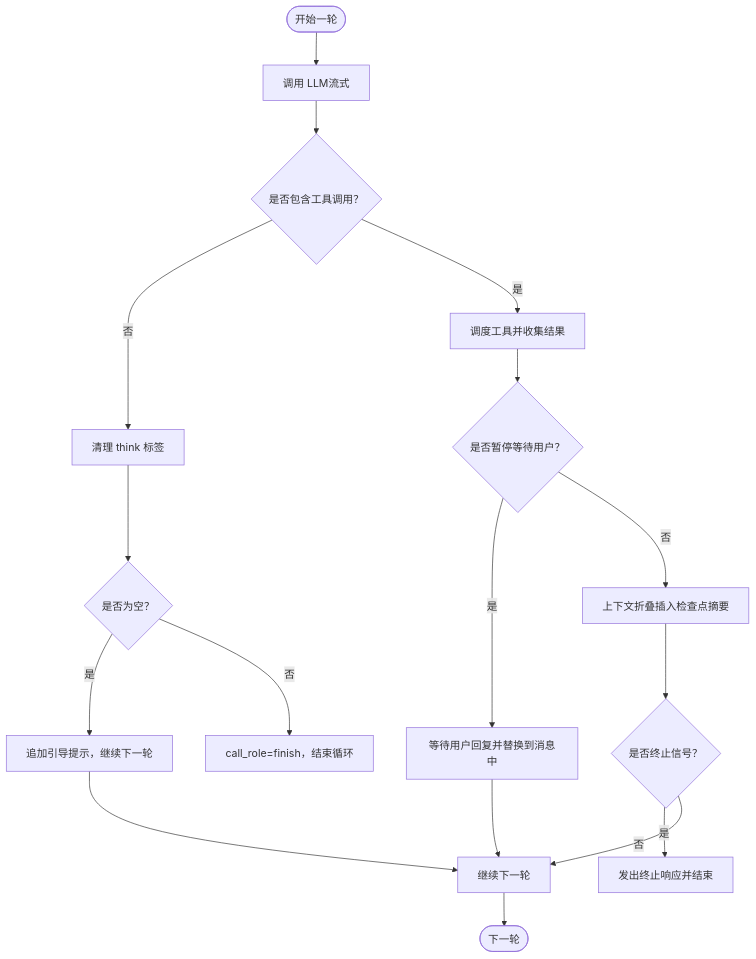
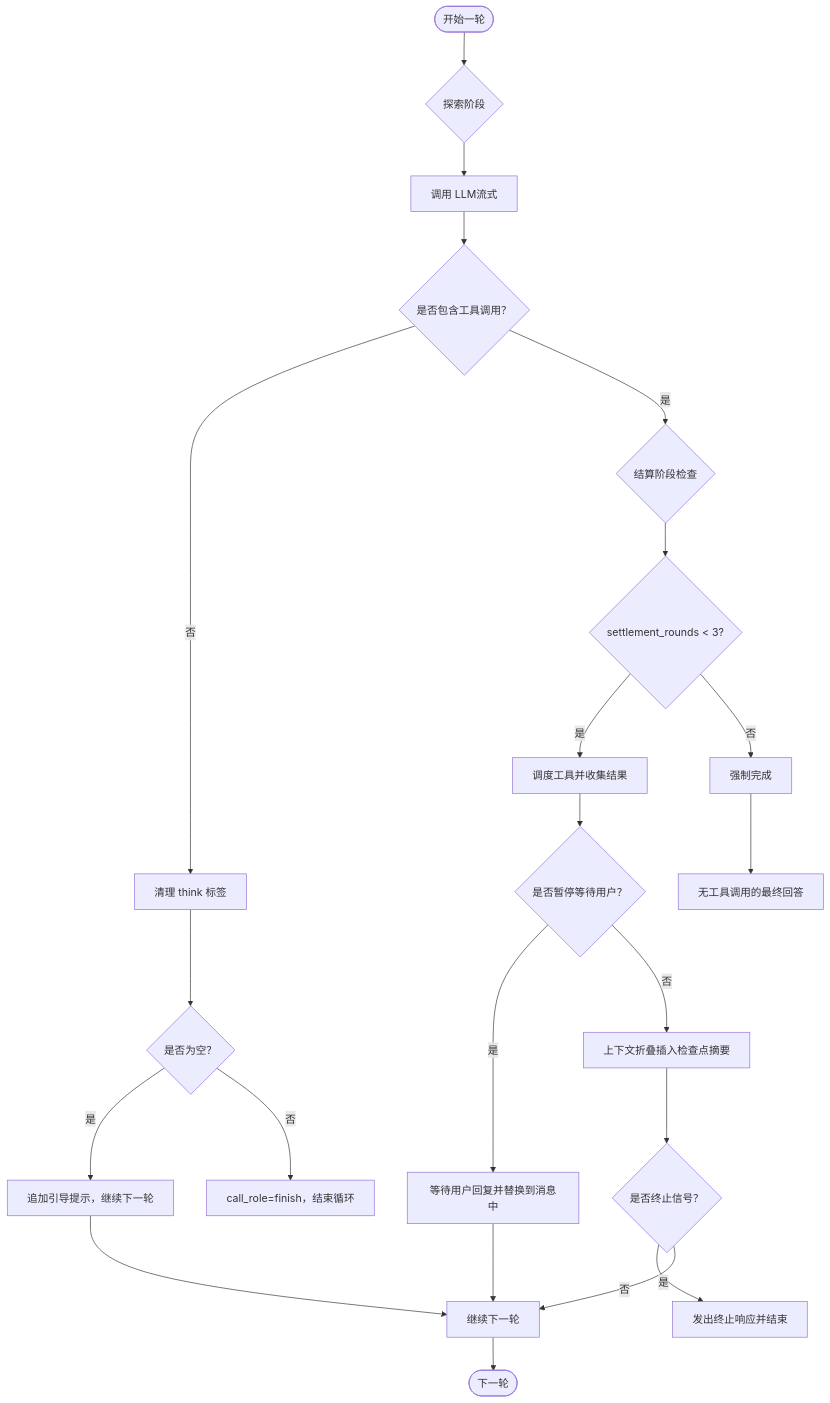
One commit to gongzili456/DeepTutor changed the third of 9 diagrams in .qoder/repowiki/zh/content/智能体系统/聊天智能体.md. Above: the diagram before and after it, drawn with Mermaid. The commit also changed other lines of this file and 821 other files, not shown here.

````diff
--- a/.qoder/repowiki/zh/content/智能体系统/聊天智能体.md
+++ b/.qoder/repowiki/zh/content/智能体系统/聊天智能体.md
@@ -142,19 +156,24 @@
 ```mermaid
 flowchart TD
-Start(["开始一轮"]) --> CallLLM["调用 LLM流式"]
+Start(["开始一轮"]) --> Explore{"探索阶段"}
+Explore --> CallLLM["调用 LLM流式"]
 CallLLM --> HasTools{"是否包含工具调用？"}
 HasTools -- 否 --> CleanText["清理 think 标签"]
 CleanText --> EmptyCheck{"是否为空？"}
 EmptyCheck -- 是 --> Nudge["追加引导提示，继续下一轮"]
 EmptyCheck -- 否 --> Finish["call_role=finish，结束循环"]
-HasTools -- 是 --> Dispatch["调度工具并收集结果"]
+HasTools -- 是 --> Settlement{"结算阶段检查"}
+Settlement --> SettlementRound{"settlement_rounds < 3?"}
+SettlementRound -- 是 --> Dispatch["调度工具并收集结果"]
+SettlementRound -- 否 --> ForcedFinish["强制完成"]
 Dispatch --> PauseCheck{"是否暂停等待用户？"}
 PauseCheck -- 是 --> AwaitUser["等待用户回复并替换到消息中"]
 AwaitUser --> NextRound["继续下一轮"]
 PauseCheck -- 否 --> FoldCtx["上下文折叠插入检查点摘要"]
 FoldCtx --> TerminateCheck{"是否终止信号？"}
 TerminateCheck -- 是 --> EmitTerm["发出终止响应并结束"]
 TerminateCheck -- 否 --> NextRound
 Nudge --> NextRound
 NextRound --> End(["下一轮"])
+ForcedFinish --> FinalAnswer["无工具调用的最终回答"]
 ```
````
